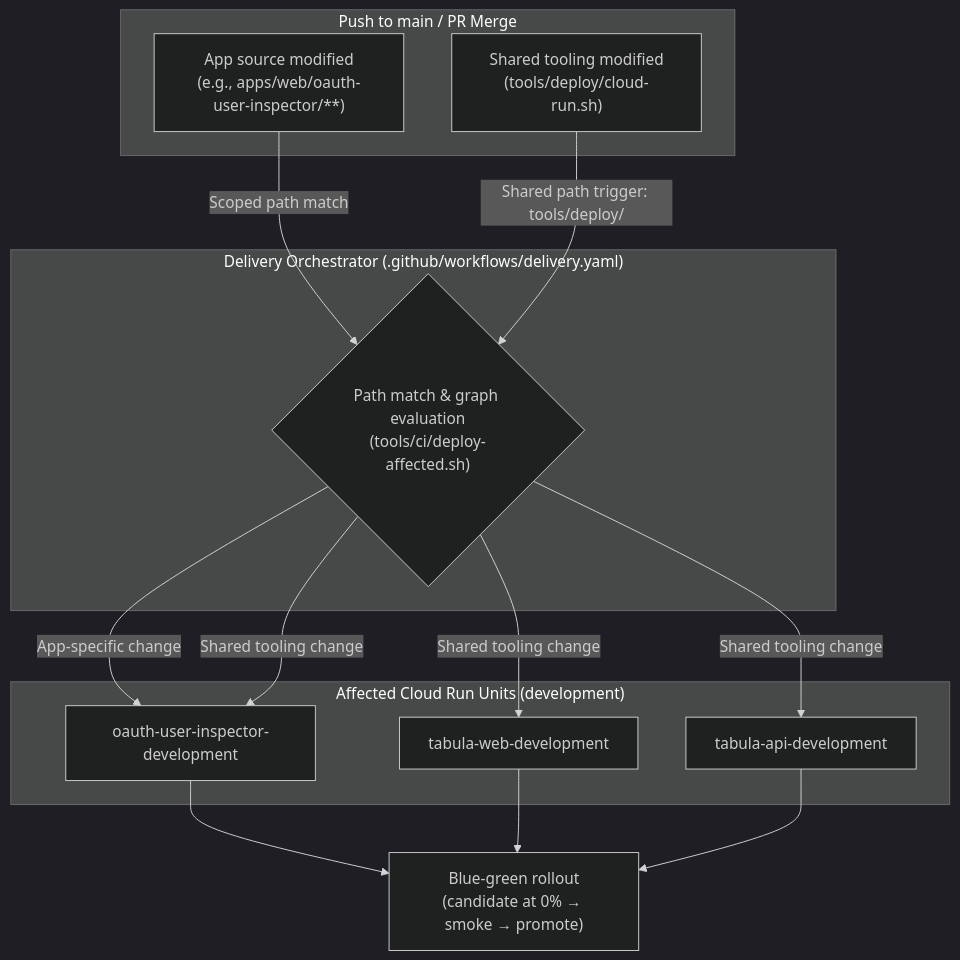
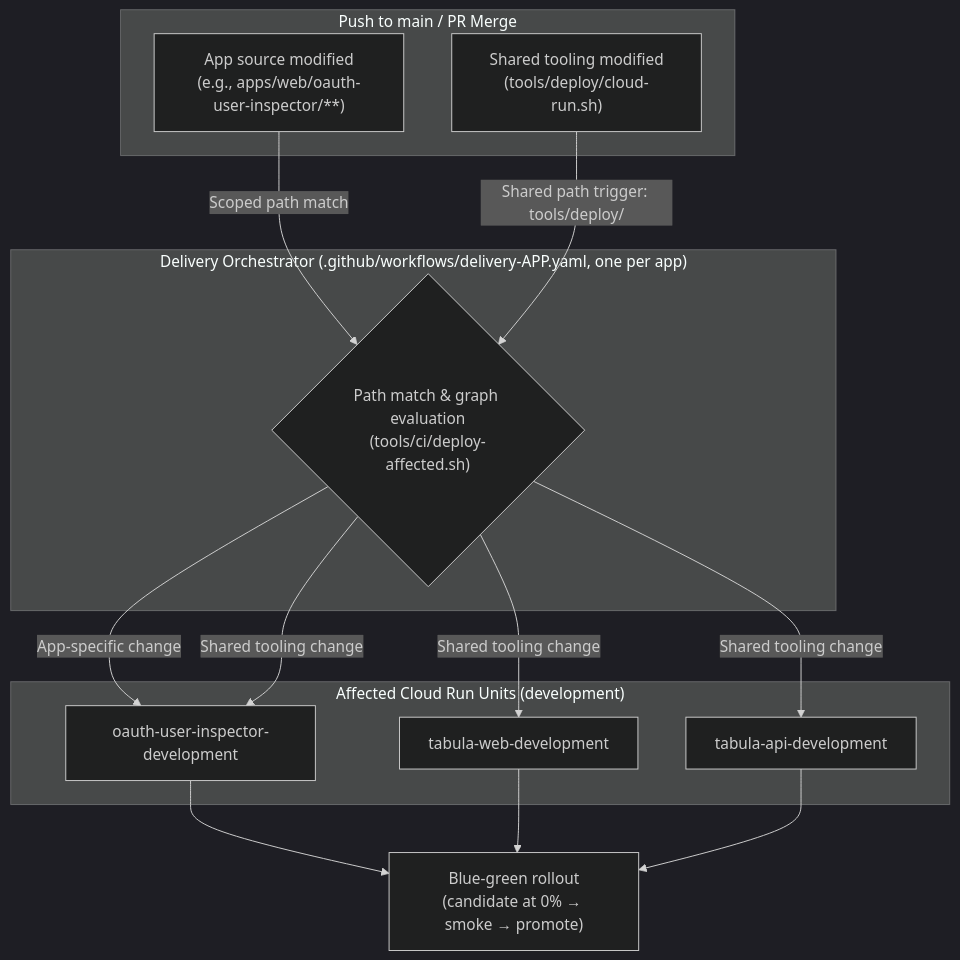
One commit to VitruvianSoftware/vitruvian-core changed the fourth of 5 diagrams in docs/concepts/sdlc.md. Above: the diagram before and after it, drawn with Mermaid (dark theme). The commit also changed 83 other files, not shown here.

````diff
--- a/docs/concepts/sdlc.md
+++ b/docs/concepts/sdlc.md
@@ -117,27 +117,27 @@
 ```mermaid
 flowchart TD
     subgraph Triggers["Push to main / PR Merge"]
         APP_SRC["App source modified<br/>(e.g., apps/web/oauth-user-inspector/**)"]
         SHARED_TOOL["Shared tooling modified<br/>(tools/deploy/cloud-run.sh)"]
     end
 
-    subgraph Orchestrator["Delivery Orchestrator (.github/workflows/delivery.yaml)"]
+    subgraph Orchestrator["Delivery Orchestrator (.github/workflows/delivery-APP.yaml, one per app)"]
         EVAL{"Path match & graph evaluation<br/>(tools/ci/deploy-affected.sh)"}
     end
 
     subgraph Units["Affected Cloud Run Units (development)"]
         OAUTH["oauth-user-inspector-development"]
         TAB_WEB["tabula-web-development"]
         TAB_API["tabula-api-development"]
     end
 
     APP_SRC -->|Scoped path match| EVAL
     SHARED_TOOL -->|Shared path trigger: tools/deploy/| EVAL
 
     EVAL -->|App-specific change| OAUTH
     EVAL -->|Shared tooling change| OAUTH & TAB_WEB & TAB_API
 
     OAUTH --> BLUEGREEN["Blue-green rollout<br/>(candidate at 0% → smoke → promote)"]
     TAB_WEB --> BLUEGREEN
     TAB_API --> BLUEGREEN
 ```
````
